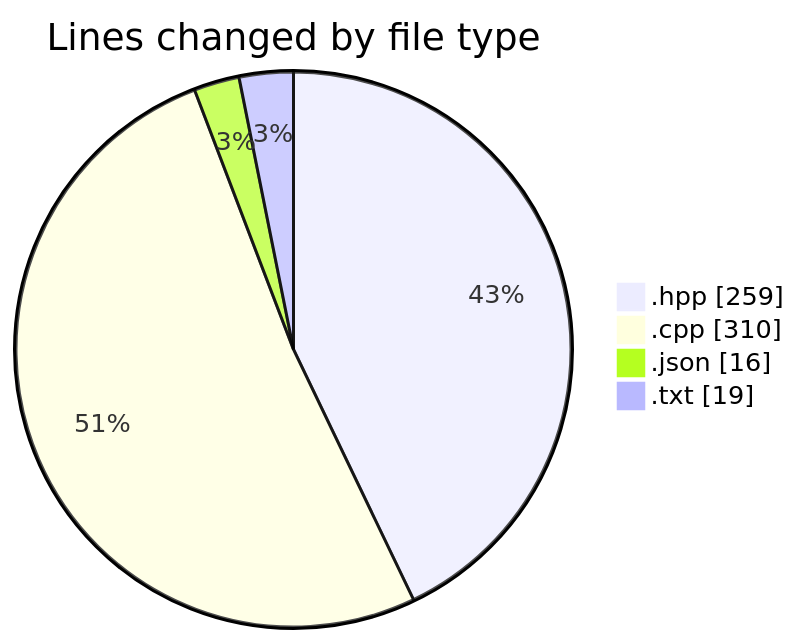
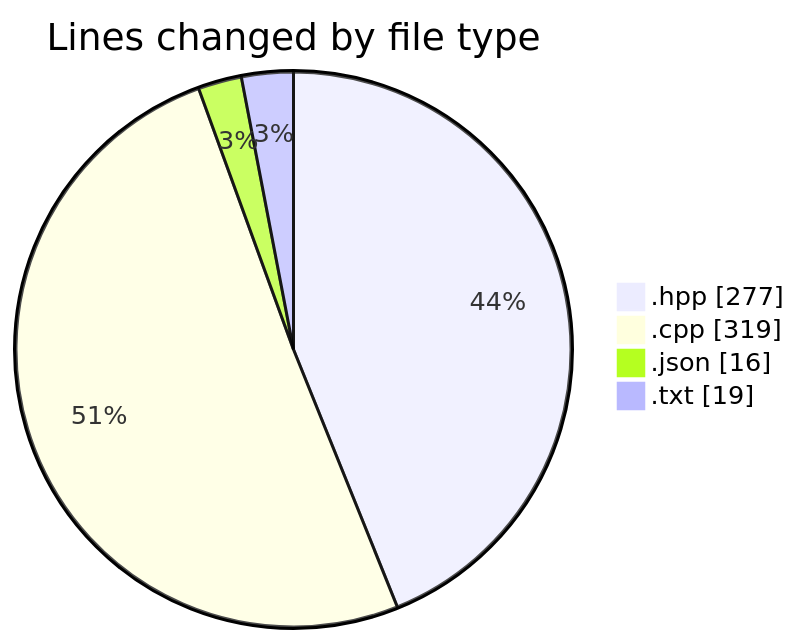
The first of 2 diagrams in 2025-05-02/date/README.md (Netris89/code-tracking), drawn with Mermaid before and after one commit. The commit also changed other lines of this file and 1 other file, not shown here.

````diff
--- a/2025-05-02/date/README.md
+++ b/2025-05-02/date/README.md
@@ -29,8 +31,8 @@
 ```mermaid
 pie showData
 title Lines changed by file type
-".hpp" : 259
-".cpp" : 310
+".hpp" : 277
+".cpp" : 319
 ".json" : 16
 ".txt" : 19
 ```
````
